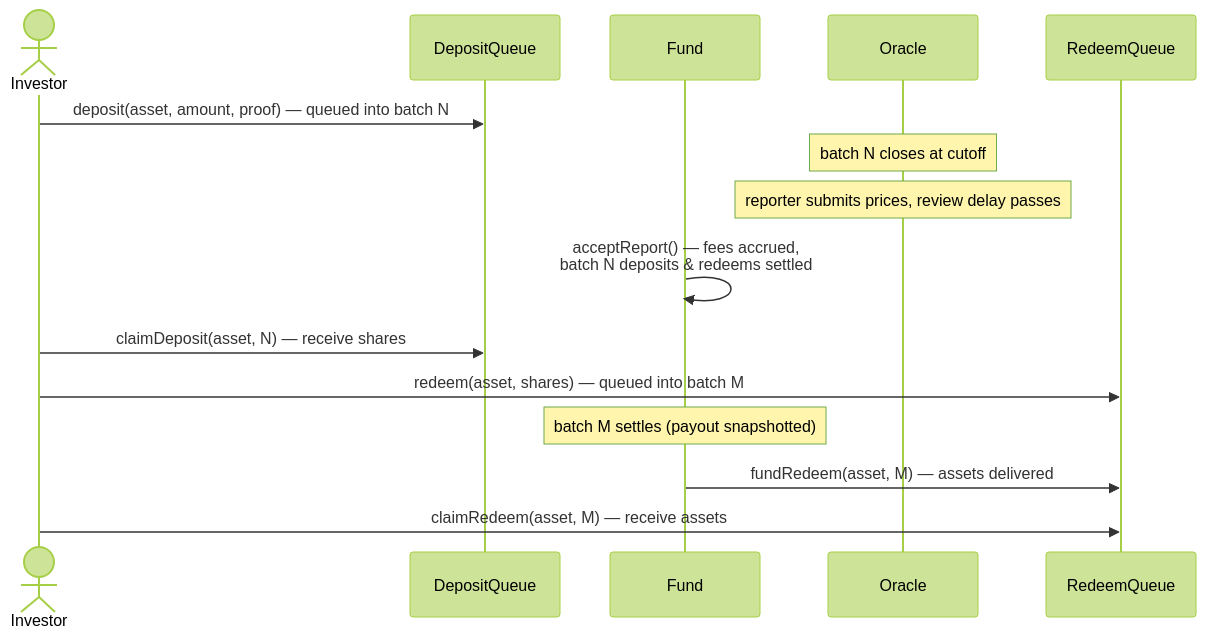
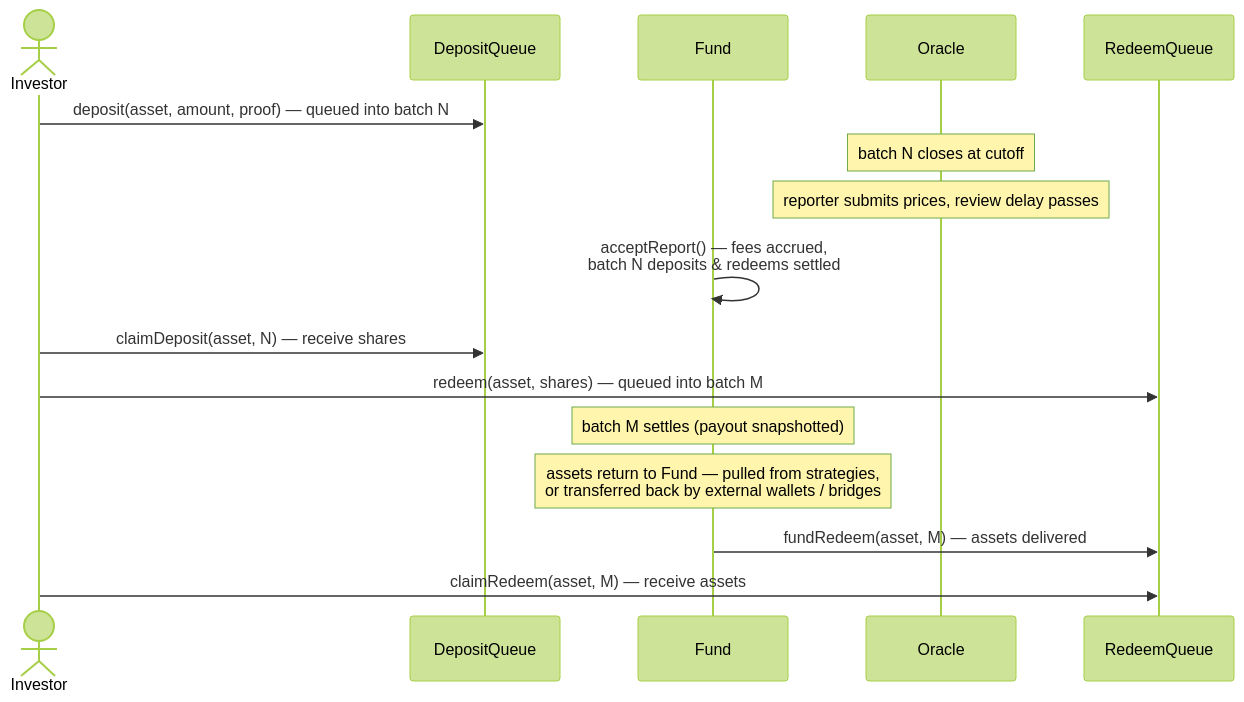
The second of 2 diagrams in README.md (zentryHQ/redpotion-contracts), drawn with Mermaid (forest theme) before and after one commit. The commit also changed 2 other files, not shown here.

````diff
--- a/README.md
+++ b/README.md
@@ -72,18 +72,19 @@
 ```mermaid
 sequenceDiagram
     actor U as Investor
     participant DQ as DepositQueue
     participant F as Fund
     participant O as Oracle
     participant RQ as RedeemQueue
 
     U->>DQ: deposit(asset, amount, proof)      — queued into batch N
     Note over O: batch N closes at cutoff
     Note over O: reporter submits prices, review delay passes
     F->>F: acceptReport() — fees accrued,<br/>batch N deposits & redeems settled
     U->>DQ: claimDeposit(asset, N) — receive shares
     U->>RQ: redeem(asset, shares)              — queued into batch M
     Note over F: batch M settles (payout snapshotted)
+    Note over F: assets return to Fund — pulled from strategies,<br/>or transferred back by external wallets / bridges
     F->>RQ: fundRedeem(asset, M) — assets delivered
     U->>RQ: claimRedeem(asset, M) — receive assets
 ```
````
